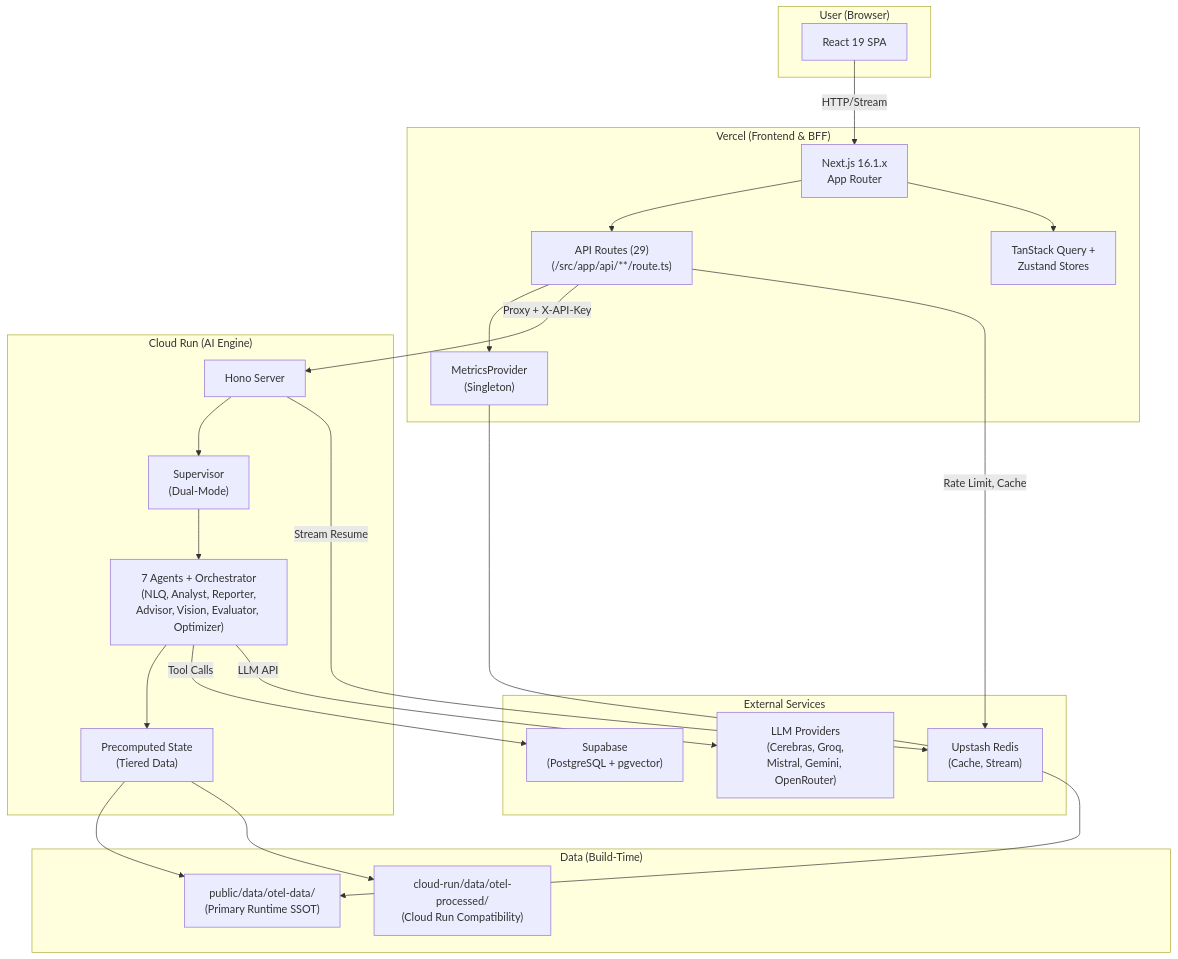
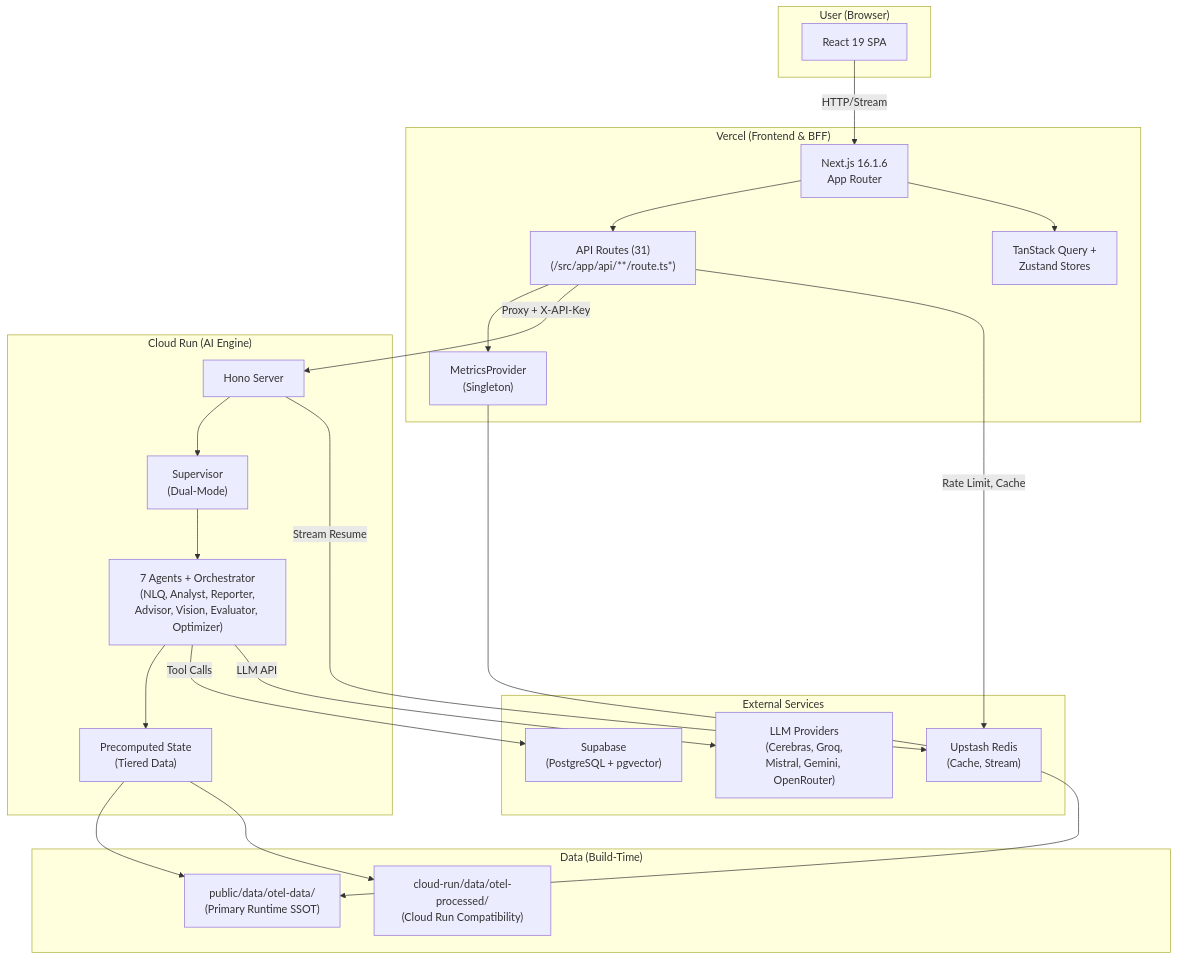
The diagram in docs/reference/architecture/system/system-architecture-current.md (skyasu2/openmanager-ai), drawn with Mermaid before and after one commit. The commit also changed other lines of this file and 16 other files, not shown here.

````diff
--- a/docs/reference/architecture/system/system-architecture-current.md
+++ b/docs/reference/architecture/system/system-architecture-current.md
@@ -34,47 +34,47 @@
 ```mermaid
 graph TB
     subgraph User["User (Browser)"]
         UI[React 19 SPA]
     end
 
     subgraph Vercel["Vercel (Frontend & BFF)"]
-        NextJS["Next.js 16.1.x<br/>App Router"]
-        API["API Routes (29)<br/>(/src/app/api/**/route.ts)"]
+        NextJS["Next.js 16.1.6<br/>App Router"]
+        API["API Routes (31)<br/>(/src/app/api/**/route.ts*)"]
         MP["MetricsProvider<br/>(Singleton)"]
         Providers["TanStack Query +<br/>Zustand Stores"]
     end
 
     subgraph CloudRun["Cloud Run (AI Engine)"]
         Hono["Hono Server"]
         Supervisor["Supervisor<br/>(Dual-Mode)"]
         Agents["7 Agents + Orchestrator<br/>(NLQ, Analyst, Reporter,<br/>Advisor, Vision, Evaluator, Optimizer)"]
         PreComp["Precomputed State<br/>(Tiered Data)"]
     end
 
     subgraph External["External Services"]
         Supabase["Supabase<br/>(PostgreSQL + pgvector)"]
         Redis["Upstash Redis<br/>(Cache, Stream)"]
         LLM["LLM Providers<br/>(Cerebras, Groq,<br/>Mistral, Gemini, OpenRouter)"]
     end
 
     subgraph Data["Data (Build-Time)"]
         OTel["public/data/otel-data/<br/>(Primary Runtime SSOT)"]
         Compat["cloud-run/data/otel-processed/<br/>(Cloud Run Compatibility)"]
     end
 
     UI -->|HTTP/Stream| NextJS
     NextJS --> API
     API --> MP
     MP --> OTel
     API -->|Proxy + X-API-Key| Hono
     Hono --> Supervisor
     Supervisor --> Agents
     Agents --> PreComp
     PreComp --> OTel
     PreComp --> Compat
     Agents -->|Tool Calls| Supabase
     Agents -->|LLM API| LLM
     API -->|Rate Limit, Cache| Redis
     Hono -->|Stream Resume| Redis
     NextJS --> Providers
 ```
````
